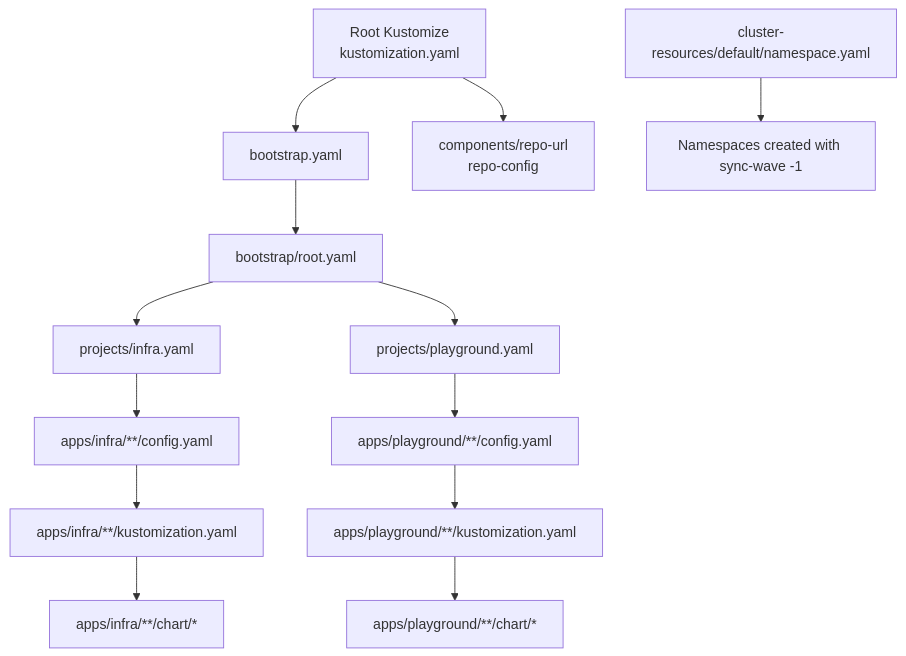
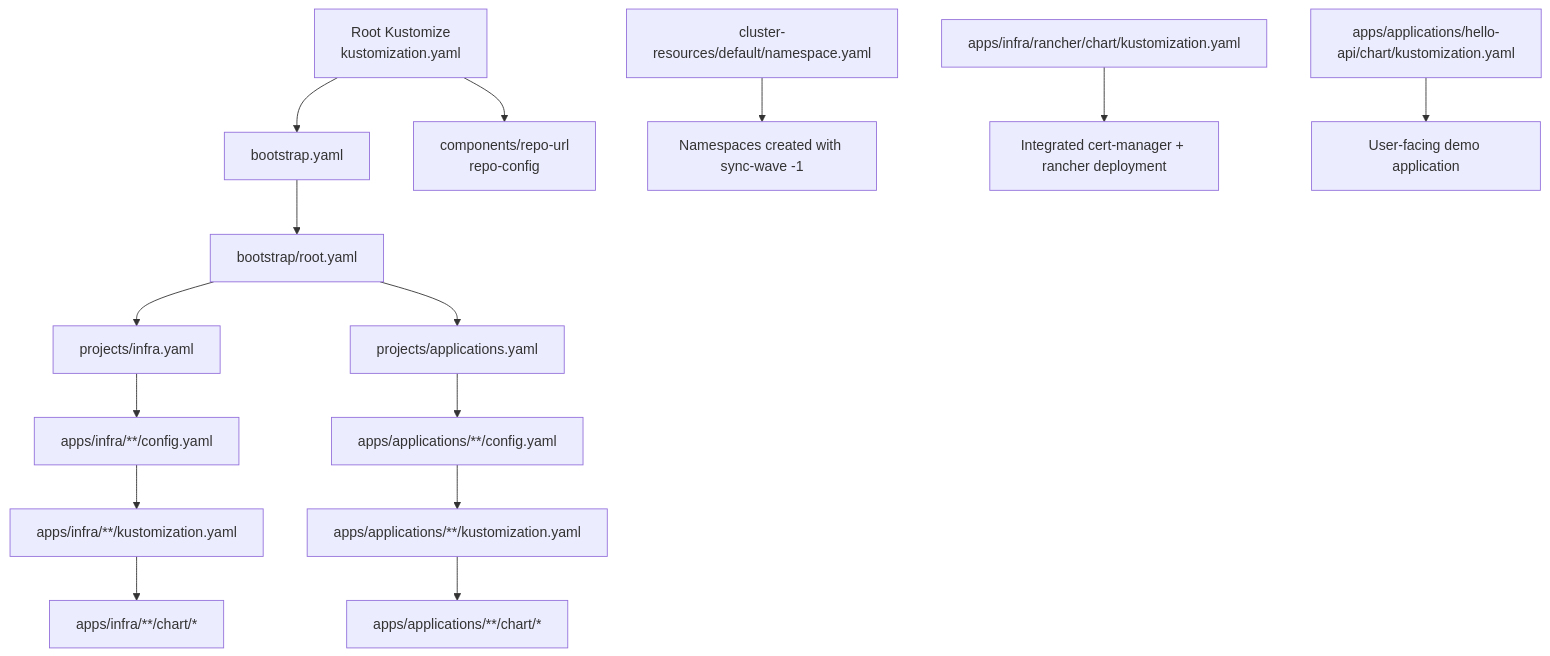
Before and after one commit to Hoangvu75/k8s_manifest: the first of 3 diagrams in .qoder/repowiki/en/content/Application Configuration/Application Structure and Organization.md, drawn with Mermaid. The commit also changed other lines of this file and 24 other files, not shown here.

First line of the commit message:
feat: add tcp-demo and udp-demo apps for Traefik TCP/UDP routing

````diff
--- a/.qoder/repowiki/en/content/Application Configuration/Application Structure and Organization.md
+++ b/.qoder/repowiki/en/content/Application Configuration/Application Structure and Organization.md
@@ -52,15 +68,17 @@
 ```mermaid
 graph TB
 A["Root Kustomize<br/>kustomization.yaml"] --> B["bootstrap.yaml"]
 A --> C["components/repo-url<br/>repo-config"]
 B --> D["bootstrap/root.yaml"]
 D --> E["projects/infra.yaml"]
-D --> F["projects/playground.yaml"]
+D --> F["projects/applications.yaml"]
 E --> G["apps/infra/**/config.yaml"]
-F --> H["apps/playground/**/config.yaml"]
+F --> H["apps/applications/**/config.yaml"]
 G --> I["apps/infra/**/kustomization.yaml"]
-H --> J["apps/playground/**/kustomization.yaml"]
+H --> J["apps/applications/**/kustomization.yaml"]
 I --> K["apps/infra/**/chart/*"]
-J --> L["apps/playground/**/chart/*"]
+J --> L["apps/applications/**/chart/*"]
 M["cluster-resources/default/namespace.yaml"] --> N["Namespaces created with sync-wave -1"]
+O["apps/infra/rancher/chart/kustomization.yaml"] --> P["Integrated cert-manager + rancher deployment"]
+Q["apps/applications/hello-api/chart/kustomization.yaml"] --> R["User-facing demo application"]
 ```
````
